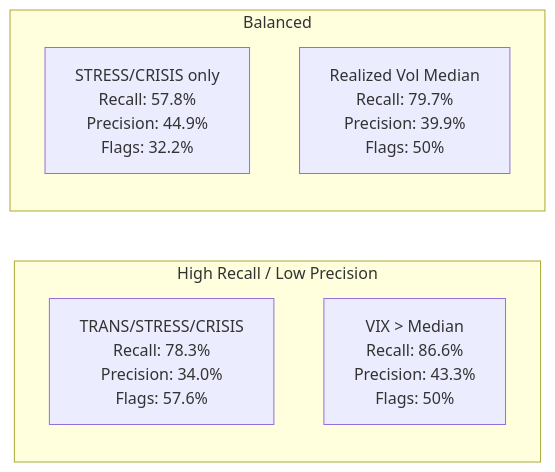
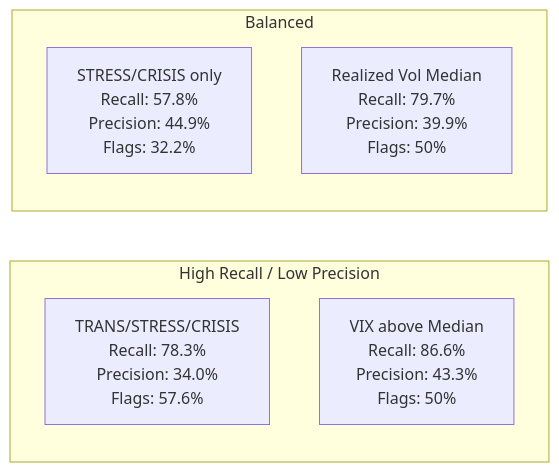
The sixth of 20 diagrams in VISUALIZATION.md (VarunGore36/regime-classifier), drawn with Mermaid before and after one commit. The commit also changed other lines of this file, not shown here.

````diff
--- a/VISUALIZATION.md
+++ b/VISUALIZATION.md
@@ -95,11 +95,11 @@
 ```mermaid
 flowchart LR
     subgraph "High Recall / Low Precision"
         R1[TRANS/STRESS/CRISIS\nRecall: 78.3%\nPrecision: 34.0%\nFlags: 57.6%]
-        R2[VIX > Median\nRecall: 86.6%\nPrecision: 43.3%\nFlags: 50%]
+        R2[VIX above Median\nRecall: 86.6%\nPrecision: 43.3%\nFlags: 50%]
     end
     subgraph "Balanced"
         B1[STRESS/CRISIS only\nRecall: 57.8%\nPrecision: 44.9%\nFlags: 32.2%]
         B2[Realized Vol Median\nRecall: 79.7%\nPrecision: 39.9%\nFlags: 50%]
     end
 ```
````
